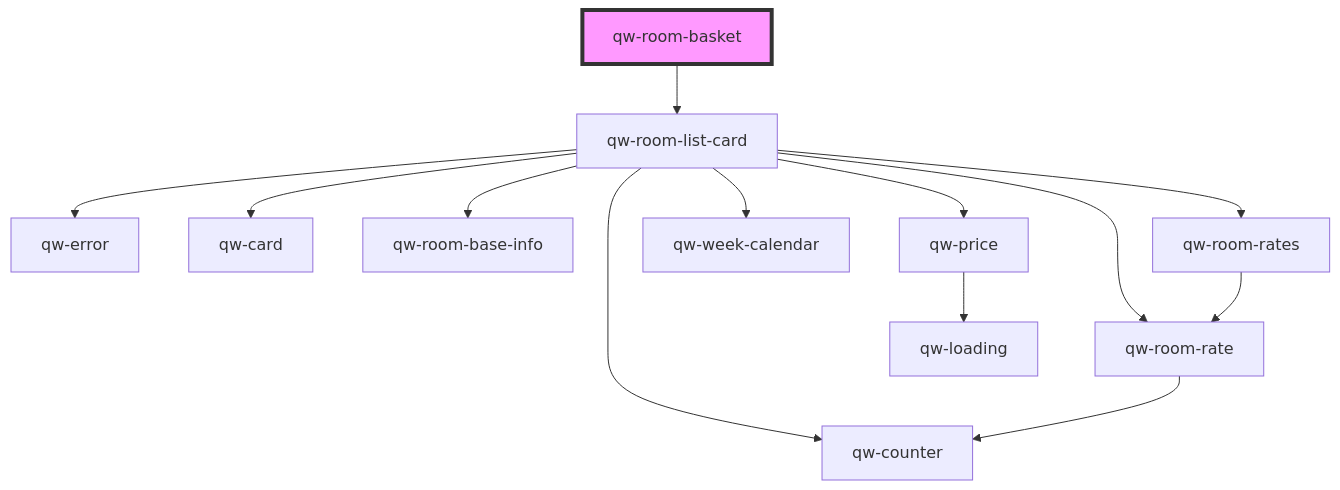
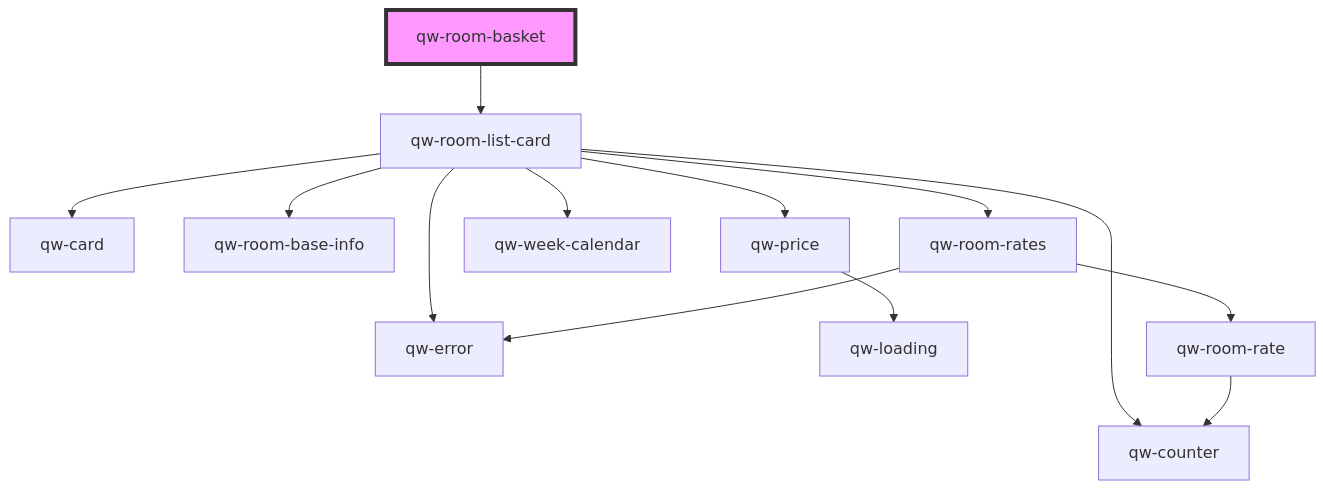
The diagram in src/components/qw-room-basket/readme.md (qwentes-team/qw-hotels), drawn with Mermaid before and after one commit. The commit also changed 12 other files, not shown here.

````diff
--- a/src/components/qw-room-basket/readme.md
+++ b/src/components/qw-room-basket/readme.md
@@ -22,16 +22,16 @@
 ```mermaid
 graph TD;
   qw-room-basket --> qw-room-list-card
-  qw-room-list-card --> qw-room-rate
   qw-room-list-card --> qw-error
   qw-room-list-card --> qw-card
   qw-room-list-card --> qw-room-base-info
   qw-room-list-card --> qw-price
   qw-room-list-card --> qw-week-calendar
   qw-room-list-card --> qw-room-rates
   qw-room-list-card --> qw-counter
-  qw-room-rate --> qw-counter
   qw-price --> qw-loading
   qw-room-rates --> qw-room-rate
+  qw-room-rates --> qw-error
+  qw-room-rate --> qw-counter
   style qw-room-basket fill:#f9f,stroke:#333,stroke-width:4px
 ```
````
